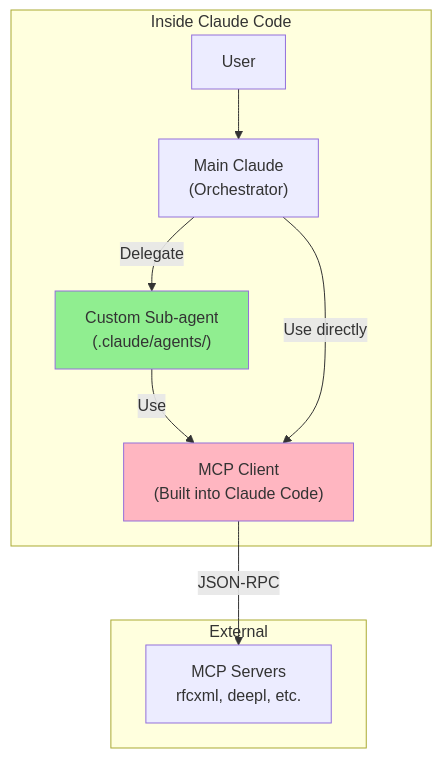
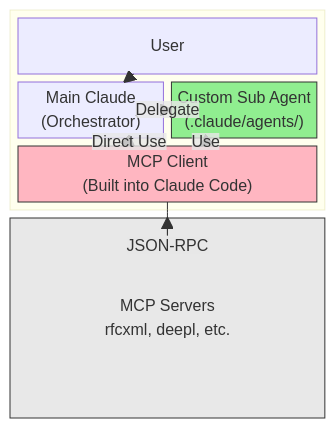
One commit to shuji-bonji/ai-agent-architecture changed the fourth of 9 diagrams in docs/concepts/03-architecture.md. Above: the diagram before and after it, drawn with Mermaid. The commit also changed other lines of this file and 13 other files, not shown here.

Commit message:
fix: Mermaidダイアグラム図の改善

````diff
--- a/docs/concepts/03-architecture.md
+++ b/docs/concepts/03-architecture.md
@@ -200,22 +206,23 @@
 ```mermaid
-graph TB
-    subgraph Claude_Code["Inside Claude Code"]
-        USER[User]
-        MAIN["Main Claude<br/>(Orchestrator)"]
-        SUBAGENT["Custom Sub-agent<br/>(.claude/agents/)"]
-        MCP_CLIENT["MCP Client<br/>(Built into Claude Code)"]
+block-beta
+    columns 2
+
+    block:CLAUDE_CODE:2
+        columns 2
+        USER["User"]:2
+        MAIN["Main Claude\n(Orchestrator)"]:1 SUBAGENT["Custom Sub Agent\n(.claude/agents/)"]:1
+        MCP_CLIENT["MCP Client\n(Built into Claude Code)"]:2
     end
 
-    subgraph External["External"]
-        MCP_SERVERS["MCP Servers<br/>rfcxml, deepl, etc."]
-    end
+    MCP_SERVERS["MCP Servers\nrfcxml, deepl, etc."]:2
 
     USER --> MAIN
-    MAIN -->|"Delegate"| SUBAGENT
-    SUBAGENT -->|"Use"| MCP_CLIENT
-    MAIN -->|"Use directly"| MCP_CLIENT
-    MCP_CLIENT -->|"JSON-RPC"| MCP_SERVERS
+    MAIN --"Delegate"--> SUBAGENT
+    SUBAGENT --"Use"--> MCP_CLIENT
+    MAIN --"Direct Use"--> MCP_CLIENT
+    MCP_CLIENT --"JSON-RPC"--> MCP_SERVERS
 
-    style MCP_CLIENT fill:#FFB6C1
-    style SUBAGENT fill:#90EE90
+    style MCP_CLIENT fill:#FFB6C1,color:#333,stroke:#333
+    style SUBAGENT fill:#90EE90,color:#333,stroke:#333
+    style MCP_SERVERS fill:#E8E8E8,color:#333,stroke:#333
 ```
````
